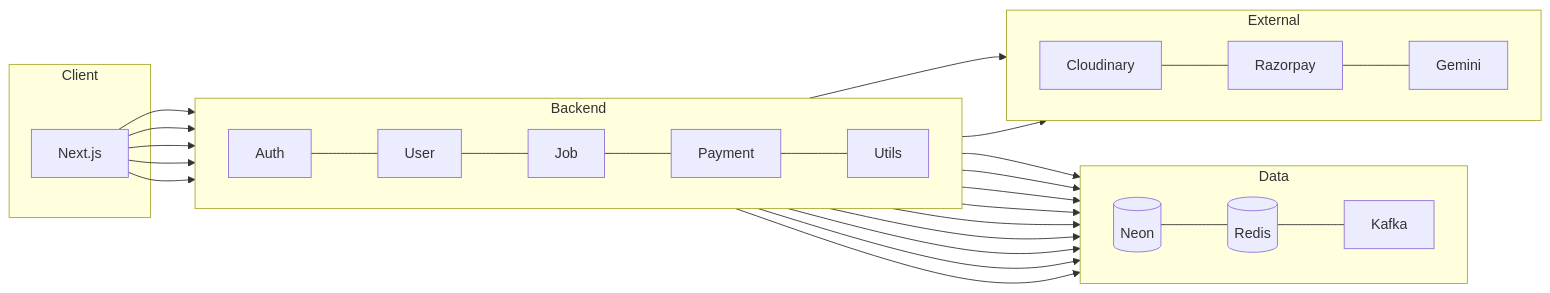
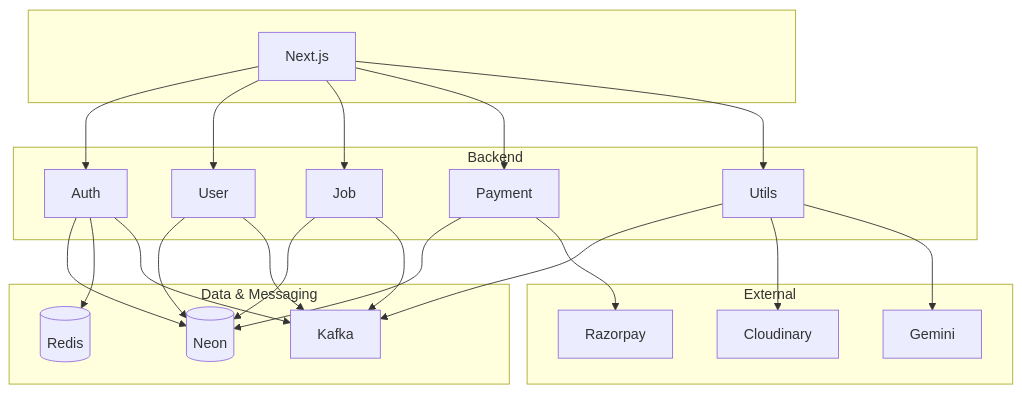
Before and after one commit to AJKakarot/NextHire: the diagram in README.md, drawn with Mermaid.

Commit message:
docs: top-to-bottom architecture diagram (Next.js on top)
Made-with: Cursor

````diff
--- a/README.md
+++ b/README.md
@@ -18,34 +18,40 @@
 ```mermaid
-flowchart LR
-    subgraph Client
+flowchart TB
+    subgraph Client[" "]
         FE[Next.js]
-    end
-    subgraph Backend
-        direction LR
-        AUTH[Auth] --- USER[User] --- JOB[Job] --- PAY[Payment] --- UTILS[Utils]
-    end
-    subgraph Data
-        direction LR
-        NEON[(Neon)] --- REDIS[(Redis)] --- KAFKA[Kafka]
-    end
-    subgraph External
-        direction LR
-        CLOUD[Cloudinary] --- RAZOR[Razorpay] --- GEMINI[Gemini]
     end
     FE --> AUTH
     FE --> USER
     FE --> JOB
     FE --> PAY
     FE --> UTILS
+    subgraph Backend["Backend"]
+        AUTH[Auth]
+        USER[User]
+        JOB[Job]
+        PAY[Payment]
+        UTILS[Utils]
+    end
     AUTH --> NEON
     AUTH --> REDIS
     AUTH --> KAFKA
     USER --> NEON
     USER --> KAFKA
     JOB --> NEON
     JOB --> KAFKA
     PAY --> NEON
+    PAY --> RAZOR
     UTILS --> KAFKA
     UTILS --> CLOUD
     UTILS --> GEMINI
+    subgraph Data["Data & Messaging"]
+        NEON[(Neon)]
+        REDIS[(Redis)]
+        KAFKA[Kafka]
+    end
+    subgraph External["External"]
+        CLOUD[Cloudinary]
+        RAZOR[Razorpay]
+        GEMINI[Gemini]
+    end
 ```
````
